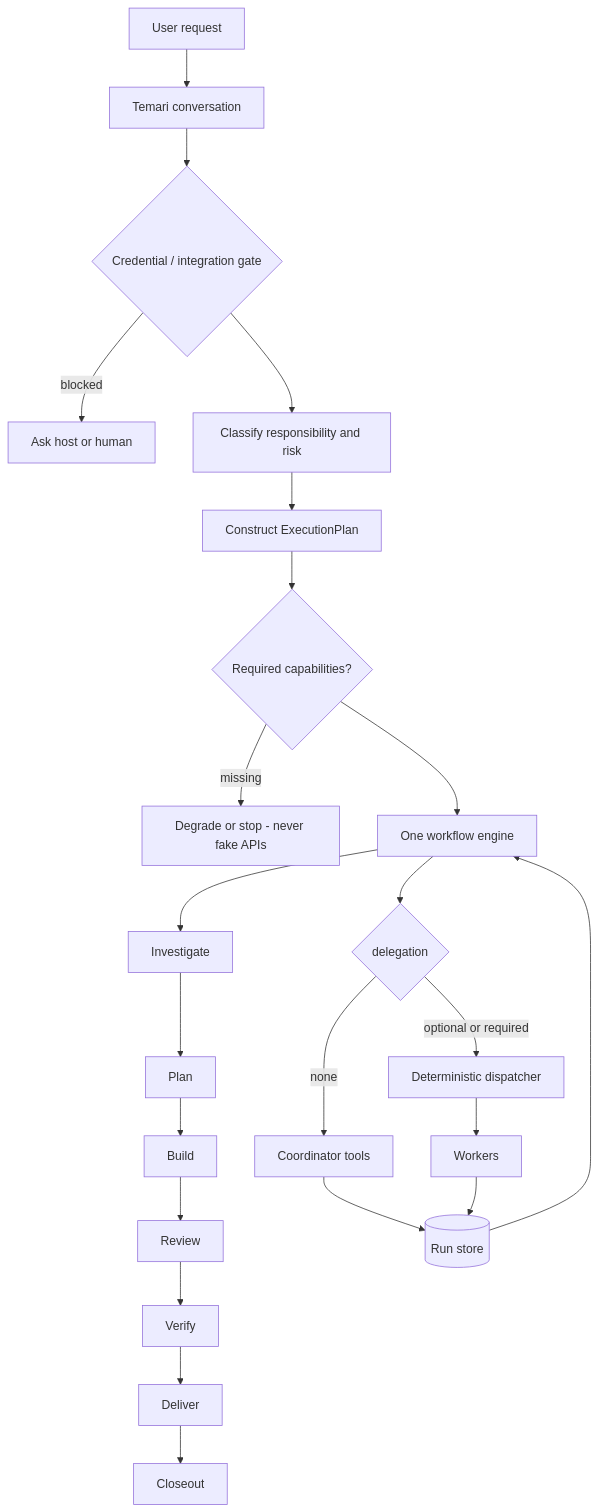
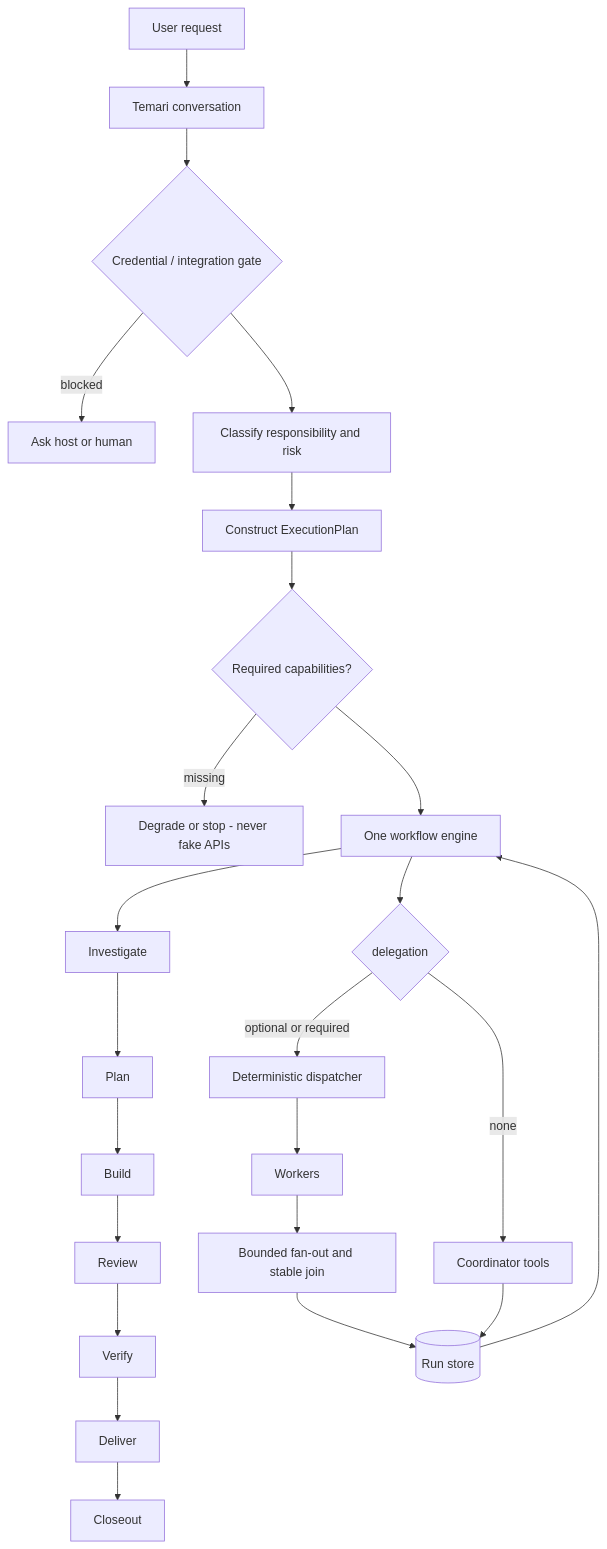
One commit to randydinh/temari changed the diagram in docs/workflow.md. Above: the diagram before and after it, drawn with Mermaid. The commit also changed other lines of this file and 9 other files, not shown here.

````diff
--- a/docs/workflow.md
+++ b/docs/workflow.md
@@ -3,25 +3,26 @@
 ```mermaid
 flowchart TD
   U[User request] --> T[Temari conversation]
   T --> G{Credential / integration gate}
   G -->|blocked| H[Ask host or human]
   G --> C[Classify responsibility and risk]
   C --> P[Construct ExecutionPlan]
   P --> Cap{Required capabilities?}
   Cap -->|missing| Deg[Degrade or stop - never fake APIs]
   Cap --> E[One workflow engine]
   E --> I[Investigate]
   I --> Pl[Plan]
   Pl --> B[Build]
   B --> R[Review]
   R --> V[Verify]
   V --> D[Deliver]
   D --> X[Closeout]
   E --> Exec{delegation}
   Exec -->|none| Local[Coordinator tools]
   Exec -->|optional or required| Disp[Deterministic dispatcher]
   Disp --> W[Workers]
+  W --> Fan[Bounded fan-out and stable join]
+  Fan --> Store
   Local --> Store[(Run store)]
-  W --> Store
   Store --> E
 ```
````
